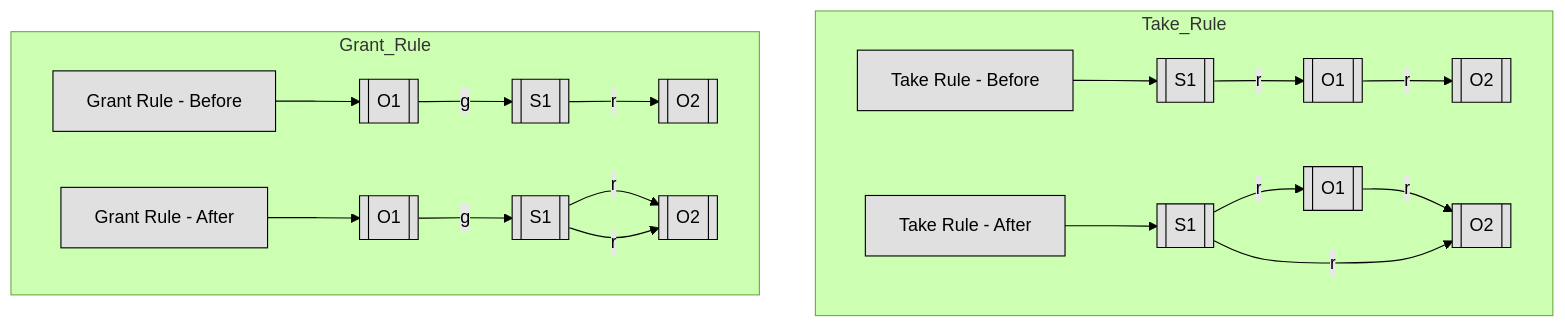
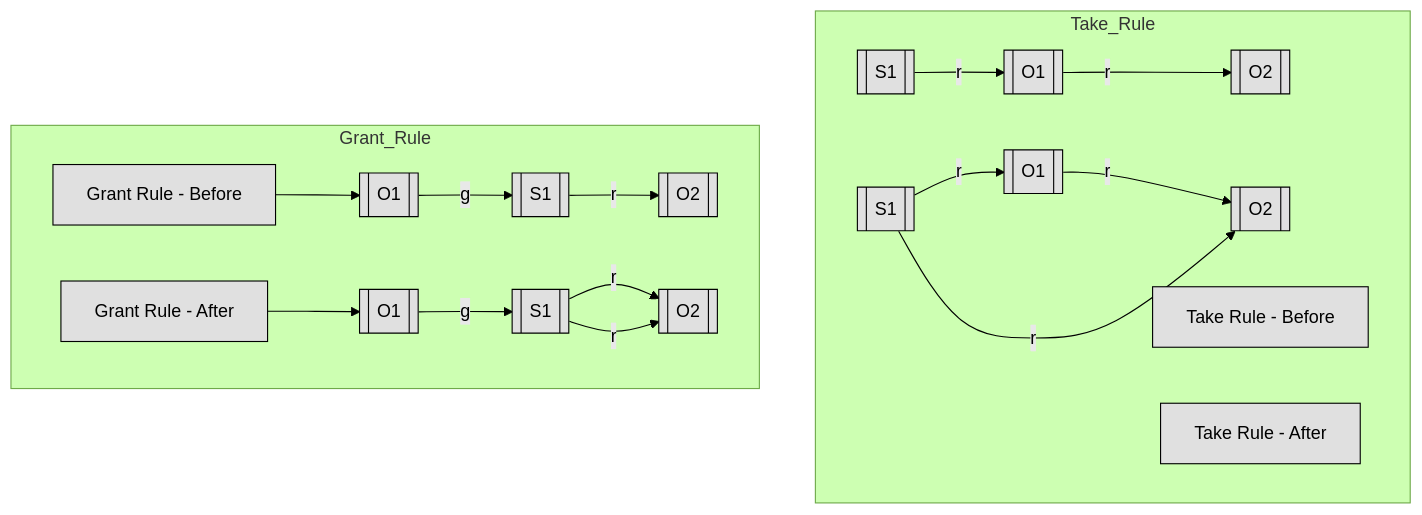
One commit to lorenzoleonelli/CISSP-Zero-to-Hero changed diagram 11 of 11 in DOMAIN3: Security Architecture and Engineering/3.02 Understand the fundamental concepts of security models (e.g. Biba, STar Model, Bell Lapadula).md. Above: the diagram before and after it, drawn with Mermaid (forest theme).

Commit message:
Update 3.02 Understand the fundamental concepts of security models (e.g. Biba, STar Model, Bell Lapadula).md

````diff
--- a/DOMAIN3: Security Architecture and Engineering/3.02 Understand the fundamental concepts of security models (e.g. Biba, STar Model, Bell Lapadula).md
+++ b/DOMAIN3: Security Architecture and Engineering/3.02 Understand the fundamental concepts of security models (e.g. Biba, STar Model, Bell Lapadula).md
@@ -384,25 +384,25 @@
 ```mermaid
 flowchart TB
 
 subgraph Take_Rule
     direction LR
     S1_Take1[["S1"]] -->|r| O1_Take1[["O1"]] -->|r| O2_Take1[["O2"]]
     S1_Take2[["S1"]] -->|r| O1_Take2[["O1"]] -->|r| O2_Take2[["O2"]]
     S1_Take2 -->|r| O2_Take2
-    label1[Take Rule  - Before]:::label --> S1_Take1
-    label2[Take Rule - After]:::label --> S1_Take2
+    label1[Take Rule  - Before]:::label 
+    label2[Take Rule - After]:::label
 end
 
 subgraph Grant_Rule
     direction LR
     O1_Grant1[["O1"]] -->|g| S1_Grant1[["S1"]] -->|r| O2_Grant1[["O2"]]
     O1_Grant2[["O1"]] -->|g| S1_Grant2[["S1"]] -->|r| O2_Grant2[["O2"]]
     S1_Grant2 -->|r| O2_Grant2
     label3[Grant Rule - Before]:::label --> O1_Grant1
     label4[Grant Rule - After]:::label --> O1_Grant2
 end
 
     classDef center fill:#ffffff,color:#000000,stroke:#000000,stroke-width:1px,font-weight:bold
     classDef node fill:#e0e0e0,color:#000000,stroke:#000000,stroke-width:1px
 
 ```
````
